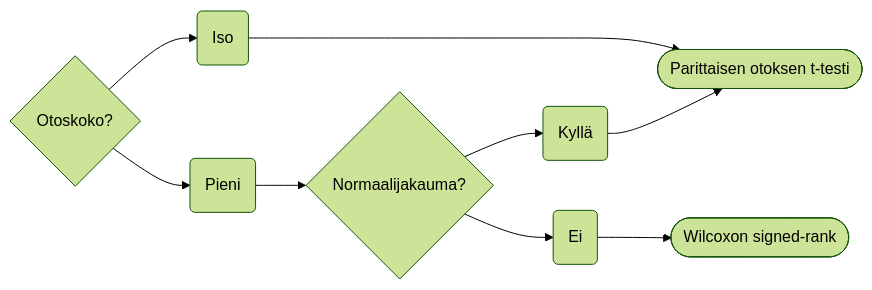
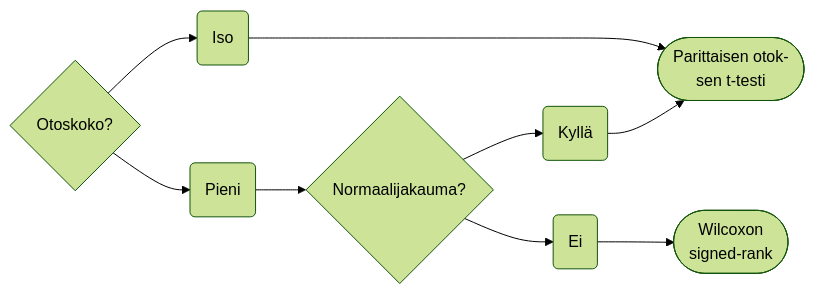
The second of 3 diagrams in ttesti.qmd (osaal/KVANT-23-PEO), drawn with Mermaid (forest theme) before and after one commit. The commit also changed other lines of this file and 63 other files, not shown here.

````diff
--- a/ttesti.qmd
+++ b/ttesti.qmd
@@ -124,13 +125,15 @@
 ```{mermaid}
 %%| label: fig-t-kahden-sama-kulkukaavio
 %%| fig-cap: Kahden muuttujan testin valitseminen, kun yksiköt ovat samoja
 flowchart LR
   A{Otoskoko?} --> B
   A --> C
   B(Pieni) --> D
-  C(Iso) ----> 1([Parittaisen otoksen t-testi])
+  C(Iso) ----> 1(["Parittaisen otok-
+  sen t-testi"])
   D{Normaalijakauma?} --> E
   D --> F
   E(Kyllä) --> 1
-  F(Ei) --> 2([Wilcoxon signed-rank])
+  F(Ei) --> 2(["Wilcoxon
+  signed-rank"])
 ```
````
